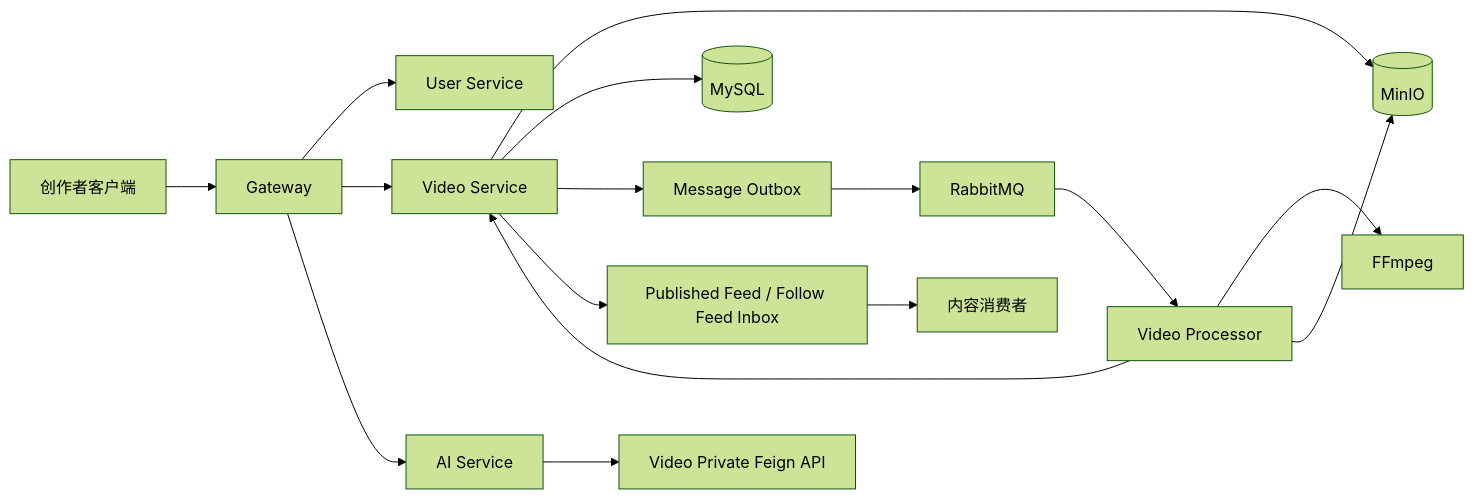
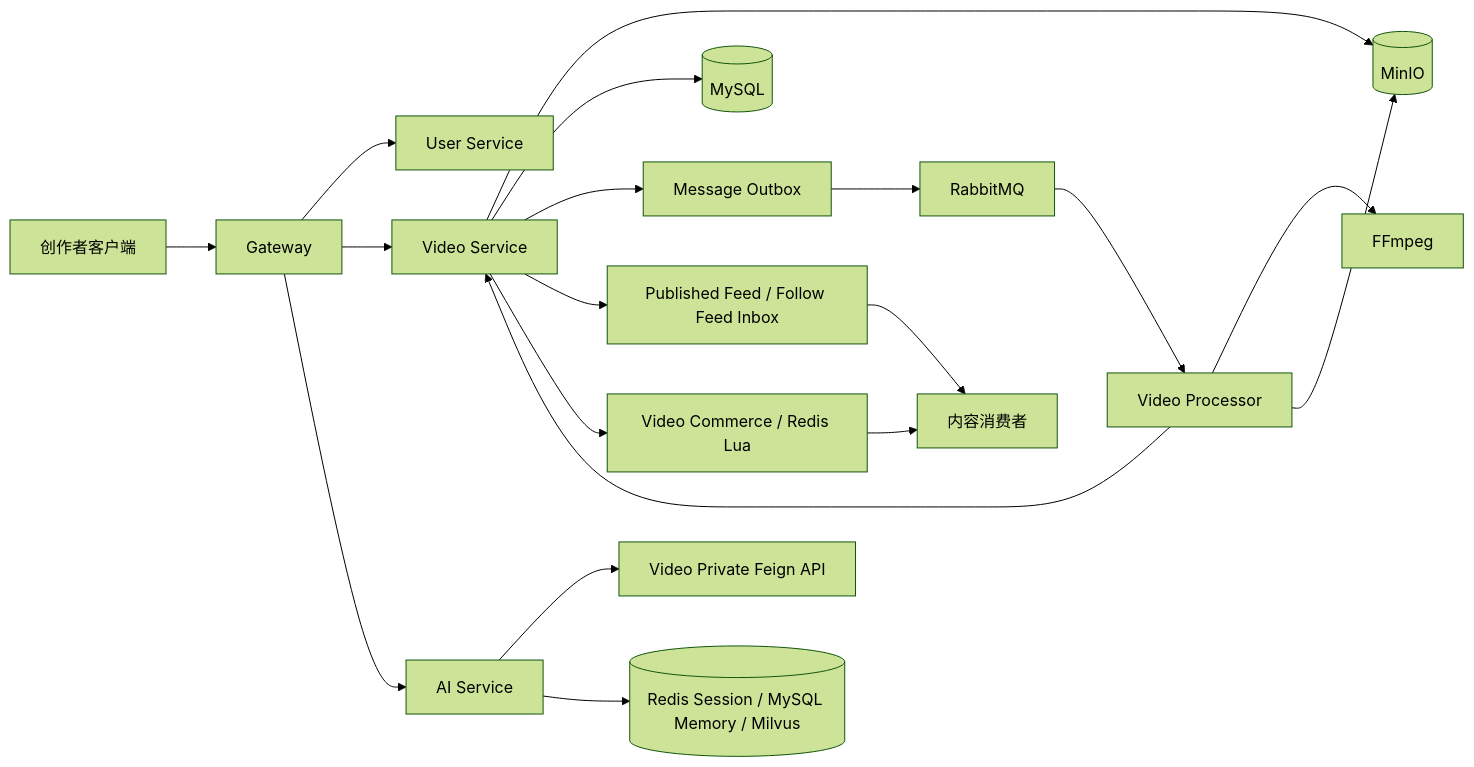
Before and after one commit to Yakuso234/SW: the diagram in docs/SW-面试架构理解.md, drawn with Mermaid (forest theme). The commit also changed other lines of this file and 72 other files, not shown here.

Commit message:
feat: add video commerce and personalized memory

````diff
--- a/docs/SW-面试架构理解.md
+++ b/docs/SW-面试架构理解.md
@@ -9,18 +9,21 @@
 ```mermaid
 flowchart LR
     Creator[创作者客户端] --> Gateway[Gateway]
     Gateway --> User[User Service]
     Gateway --> Video[Video Service]
     Gateway --> AI[AI Service]
     Video --> Minio[(MinIO)]
     Video --> MySQL[(MySQL)]
     Video --> Outbox[Message Outbox]
     Outbox --> MQ[RabbitMQ]
     MQ --> Processor[Video Processor]
     Processor --> FFmpeg[FFmpeg]
     Processor --> Minio
     Processor --> Video
     Video --> Feed[Published Feed / Follow Feed Inbox]
     Feed --> Consumer[内容消费者]
+    Video --> Commerce[Video Commerce / Redis Lua]
+    Commerce --> Consumer
     AI --> VideoPrivate[Video Private Feign API]
+    AI --> Memory[(Redis Session / MySQL Memory / Milvus)]
 ```
````
